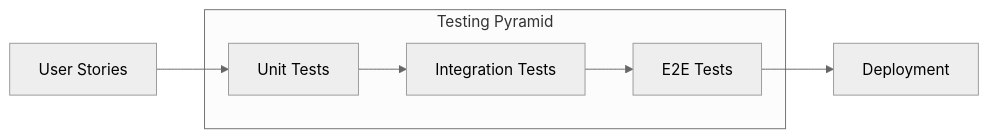
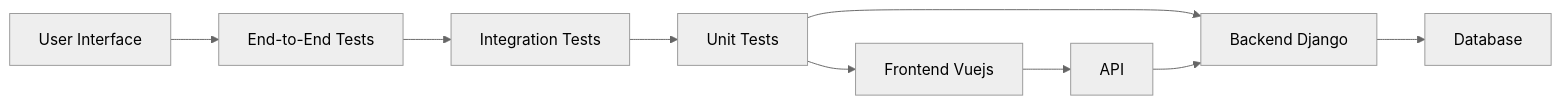
One commit to HimansuSaha/GreaterWMS changed the diagram in docs/testing/strategy.md. Above: the diagram before and after it, drawn with Mermaid (neutral theme). The commit also changed other lines of this file and 4 other files, not shown here.

````diff
--- a/docs/testing/strategy.md
+++ b/docs/testing/strategy.md
@@ -70,10 +69,11 @@
 ```mermaid
 graph LR
-    A[User Stories] --> B[Unit Tests];
+    A[User Interface] --> B[End-to-End Tests];
     B --> C[Integration Tests];
-    C --> D[E2E Tests];
-    D --> E[Deployment];
-    subgraph "Testing Pyramid"
-        B;C;D;
-    end
+    C --> D[Unit Tests];
+    D --> E[Backend Django];
+    D --> F[Frontend Vuejs];
+    E --> G[Database];
+    F --> H[API];
+    H --> E;
 ```
````
